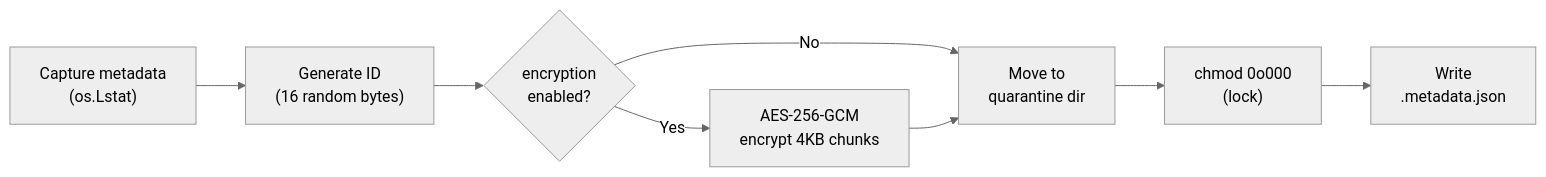
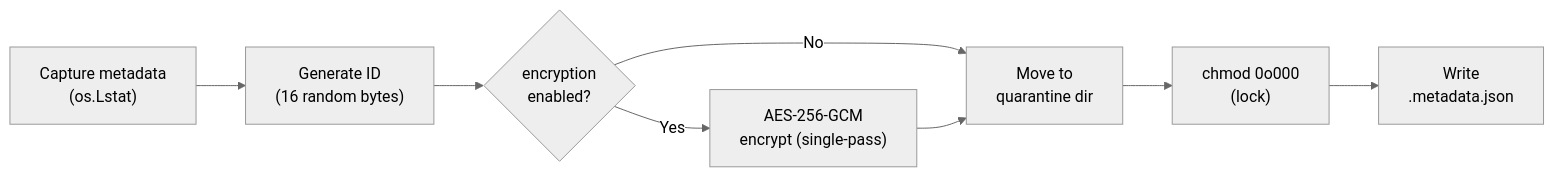
Before and after one commit to dimaskiddo/lmd-ng: the third of 4 diagrams in docs/ARCHITECTURE.md, drawn with Mermaid (neutral theme). The commit also changed other lines of this file and 2 other files, not shown here.

````diff
--- a/docs/ARCHITECTURE.md
+++ b/docs/ARCHITECTURE.md
@@ -225,10 +225,10 @@
 ```mermaid
 flowchart LR
     A["Capture metadata<br/>(os.Lstat)"] --> B["Generate ID<br/>(16 random bytes)"]
     B --> C{"encryption<br/>enabled?"}
-    C -- Yes --> D["AES-256-GCM<br/>encrypt 4KB chunks"]
+    C -- Yes --> D["AES-256-GCM<br/>encrypt (single-pass)"]
     C -- No --> E["Move to<br/>quarantine dir"]
     D --> E
     E --> F["chmod 0o000<br/>(lock)"]
     F --> G["Write<br/>.metadata.json"]
 ```
````
